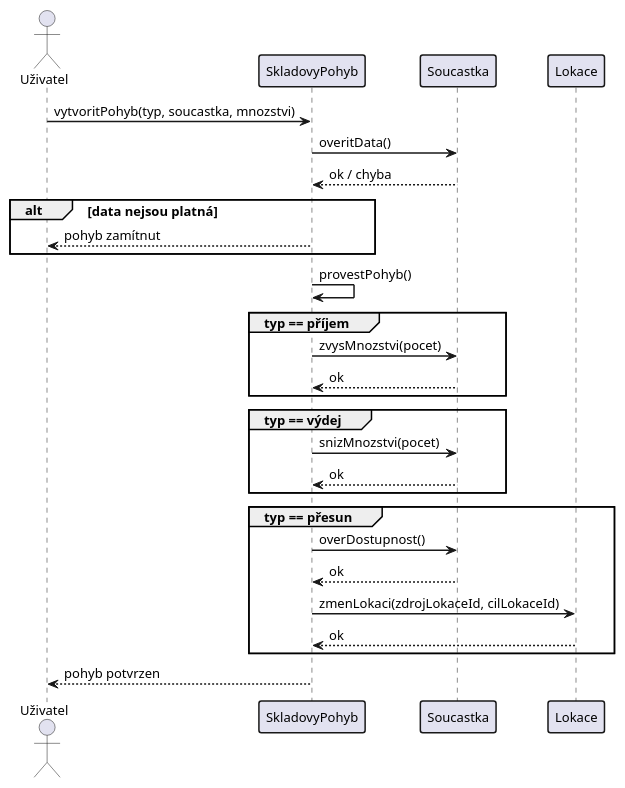
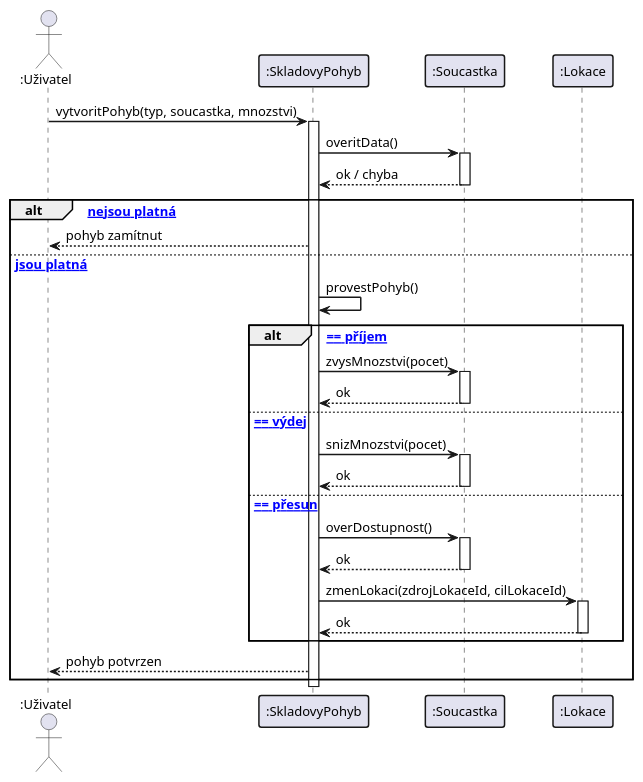
The diagram in diagrams/13_sequence_pohyb.puml (lkvapil/kOdevzdaniProjektWMS), drawn with PlantUML before and after one commit. The commit also changed 3 other files, not shown here.

Commit message:
Oprava konzistence – sekvenční diagram, stavové diagramy 09+10

```diff
--- a/diagrams/13_sequence_pohyb.puml
+++ b/diagrams/13_sequence_pohyb.puml
@@ -1,41 +1,58 @@
 @startuml
 skinparam defaultFontSize 13
 skinparam sequenceArrowThickness 1.5
 skinparam sequenceParticipantBorderThickness 1.5
 skinparam sequenceGroupBorderThickness 1.5
-skinparam sequenceBoxBorderColor #888888
 
-actor "Uživatel" as Uzivatel
-participant "SkladovyPohyb" as Pohyb
-participant "Soucastka" as Soucastka
-participant "Lokace" as Lokace
+' ->    plná čára, plná šipka    = synchronní zpráva (odesílatel čeká)
+' -->   přerušovaná čára         = odpověď / návratová hodnota
+' ->>   plná čára, prázdná šipka = asynchronní zpráva (odesílatel NEČEKÁ)
+
+actor ":Uživatel" as Uzivatel
+participant ":SkladovyPohyb" as Pohyb
+participant ":Soucastka" as Soucastka
+participant ":Lokace" as Lokace
 
 Uzivatel -> Pohyb : vytvoritPohyb(typ, soucastka, mnozstvi)
+activate Pohyb
+
 Pohyb -> Soucastka : overitData()
+activate Soucastka
 Soucastka --> Pohyb : ok / chyba
+deactivate Soucastka
 
-alt data nejsou platná
+alt [data nejsou platná]
     Pohyb --> Uzivatel : pohyb zamítnut
+
+else [data jsou platná]
+    Pohyb -> Pohyb : provestPohyb()
+
+    alt [typ == příjem]
+        Pohyb -> Soucastka : zvysMnozstvi(pocet)
+        activate Soucastka
+        Soucastka --> Pohyb : ok
+        deactivate Soucastka
+
+    else [typ == výdej]
+        Pohyb -> Soucastka : snizMnozstvi(pocet)
+        activate Soucastka
+        Soucastka --> Pohyb : ok
+        deactivate Soucastka
+
+    else [typ == přesun]
+        Pohyb -> Soucastka : overDostupnost()
+        activate Soucastka
+        Soucastka --> Pohyb : ok
+        deactivate Soucastka
+        Pohyb -> Lokace : zmenLokaci(zdrojLokaceId, cilLokaceId)
+        activate Lokace
+        Lokace --> Pohyb : ok
+        deactivate Lokace
+    end
+
+    Pohyb --> Uzivatel : pohyb potvrzen
 end
 
-Pohyb -> Pohyb : provestPohyb()
+deactivate Pohyb
 
-group typ == příjem
-    Pohyb -> Soucastka : zvysMnozstvi(pocet)
-    Soucastka --> Pohyb : ok
-end
-
-group typ == výdej
-    Pohyb -> Soucastka : snizMnozstvi(pocet)
-    Soucastka --> Pohyb : ok
-end
-
-group typ == přesun
-    Pohyb -> Soucastka : overDostupnost()
-    Soucastka --> Pohyb : ok
-    Pohyb -> Lokace : zmenLokaci(zdrojLokaceId, cilLokaceId)
-    Lokace --> Pohyb : ok
-end
-
-Pohyb --> Uzivatel : pohyb potvrzen
 @enduml
```
